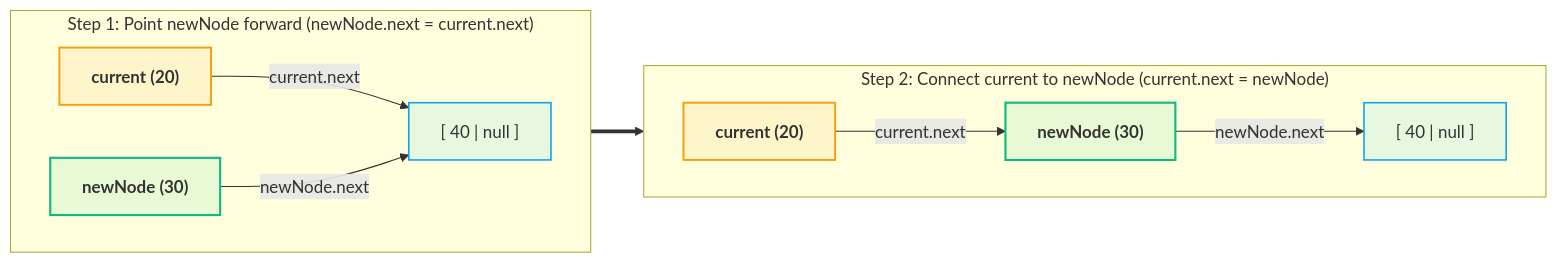
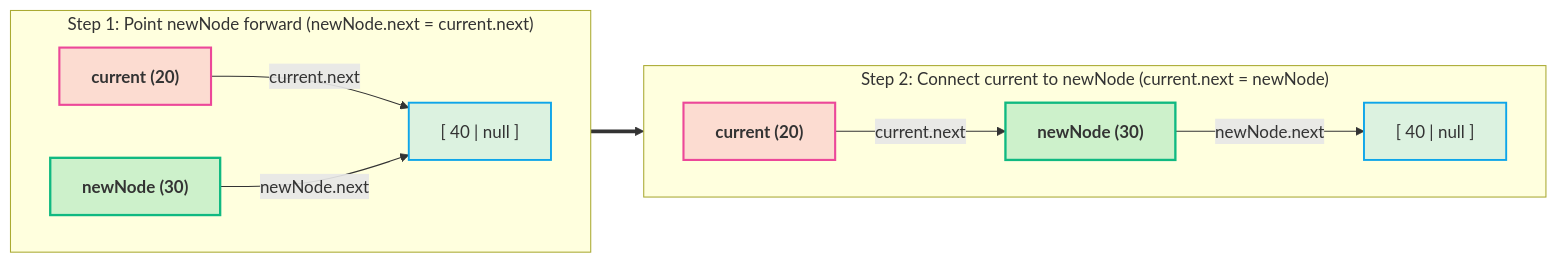
One commit to abhinavbharti2345/CS_Notes changed the ninth of 11 diagrams in CS/DSA/03. Linked Lists/01. Linked List Fundamentals.md. Above: the diagram before and after it, drawn with Mermaid. The commit also changed other lines of this file and 20 other files, not shown here.

Commit message:
feat: add foundational notes and diagrams for computer networking, data structures, and machine learning pipelines

````diff
--- a/CS/DSA/03. Linked Lists/01. Linked List Fundamentals.md
+++ b/CS/DSA/03. Linked Lists/01. Linked List Fundamentals.md
@@ -325,23 +311,23 @@
 ```mermaid
 flowchart LR
     subgraph InsStep1 ["Step 1: Point newNode forward (newNode.next = current.next)"]
         direction LR
         C1["<b>current (20)</b>"] -->|current.next| N40_1["[ 40 | null ]"]
         NEW1["<b>newNode (30)</b>"] -->|newNode.next| N40_1
     end
 
     subgraph InsStep2 ["Step 2: Connect current to newNode (current.next = newNode)"]
         direction LR
         C2["<b>current (20)</b>"] -->|current.next| NEW2["<b>newNode (30)</b>"]
         NEW2 -->|newNode.next| N40_2["[ 40 | null ]"]
     end
 
     InsStep1 ==> InsStep2
 
-    classDef cur fill:#f59e0b18,stroke:#f59e0b,stroke-width:1.8px;
-    classDef node fill:#0ea5e918,stroke:#0ea5e9,stroke-width:1.5px;
-    classDef newN fill:#10b98118,stroke:#10b981,stroke-width:2px;
+    classDef cur fill:#ec489930,stroke:#ec4899,stroke-width:2px;
+    classDef node fill:#0ea5e925,stroke:#0ea5e9,stroke-width:1.8px;
+    classDef newN fill:#10b98135,stroke:#10b981,stroke-width:2.2px;
     class C1,C2 cur;
     class N40_1,N40_2 node;
     class NEW1,NEW2 newN;
 ```
````
